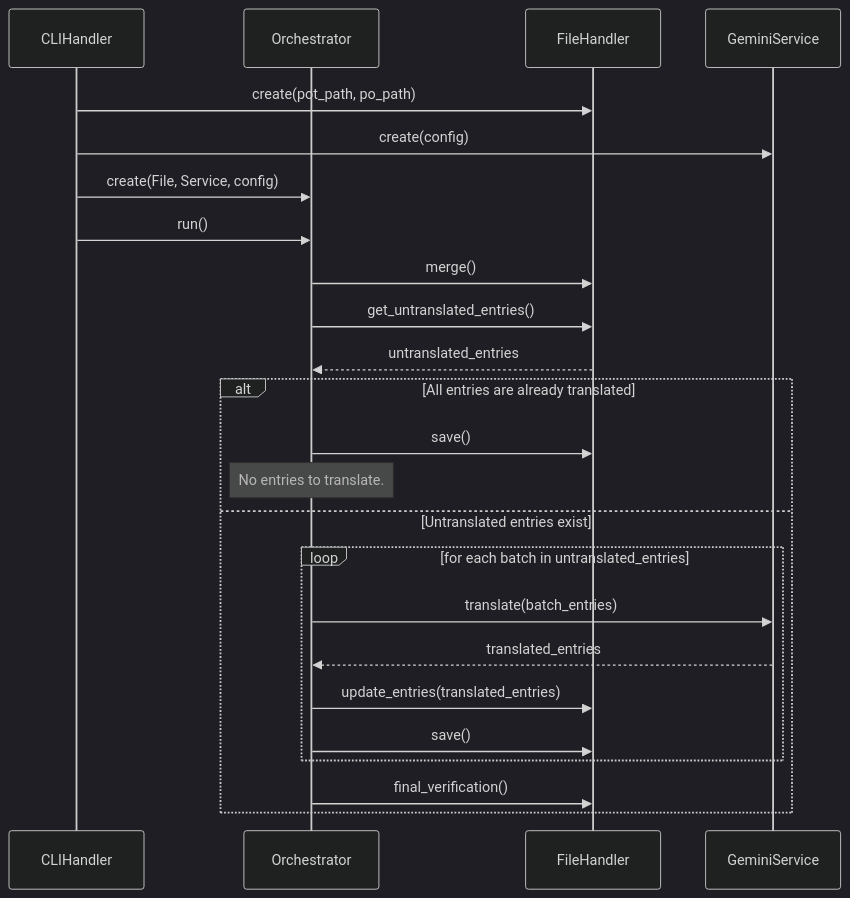
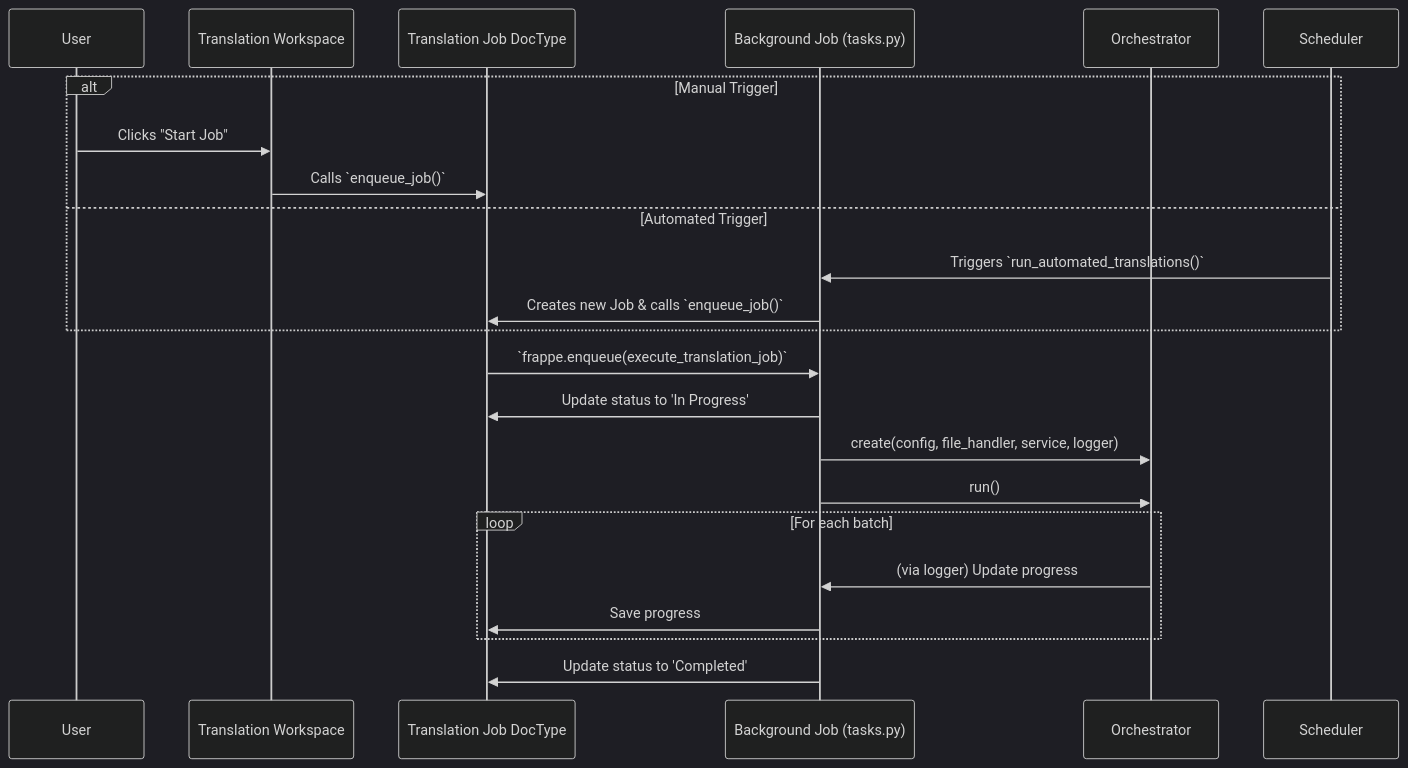
One commit to SebstnRodri/translation_hub changed the second of 2 diagrams in docs/developer_guide/architecture.md. Above: the diagram before and after it, drawn with Mermaid (dark theme). The commit also changed other lines of this file and 22 other files, not shown here.

````diff
--- a/docs/developer_guide/architecture.md
+++ b/docs/developer_guide/architecture.md
@@ -117,29 +99,30 @@
 ```mermaid
 sequenceDiagram
-    participant CLI as CLIHandler
+    participant User
+    participant Workspace as Translation Workspace
+    participant JobDoc as Translation Job DocType
+    participant BGJob as Background Job (tasks.py)
     participant Orch as Orchestrator
-    participant File as FileHandler
-    participant Service as GeminiService
 
-    CLI->>File: create(pot_path, po_path)
-    CLI->>Service: create(config)
-    CLI->>Orch: create(File, Service, config)
-    CLI->>Orch: run()
+    alt Manual Trigger
+        User->>Workspace: Clicks "Start Job"
+        Workspace->>JobDoc: Calls `enqueue_job()`
+    else Automated Trigger
+        participant Scheduler
+        Scheduler->>BGJob: Triggers `run_automated_translations()`
+        BGJob->>JobDoc: Creates new Job & calls `enqueue_job()`
+    end
 
-    Orch->>File: merge()
-    Orch->>File: get_untranslated_entries()
-    File-->>Orch: untranslated_entries
+    JobDoc->>BGJob: `frappe.enqueue(execute_translation_job)`
+    
+    BGJob->>JobDoc: Update status to 'In Progress'
+    BGJob->>Orch: create(config, file_handler, service, logger)
+    BGJob->>Orch: run()
 
-    alt All entries are already translated
-        Orch->>File: save()
-        Note over Orch: No entries to translate.
-    else Untranslated entries exist
-        loop for each batch in untranslated_entries
-            Orch->>Service: translate(batch_entries)
-            Service-->>Orch: translated_entries
-            Orch->>File: update_entries(translated_entries)
-            Orch->>File: save()
-        end
-        Orch->>File: final_verification()
+    loop For each batch
+        Orch->>BGJob: (via logger) Update progress
+        BGJob->>JobDoc: Save progress
     end
+
+    BGJob->>JobDoc: Update status to 'Completed'
 ```
````
